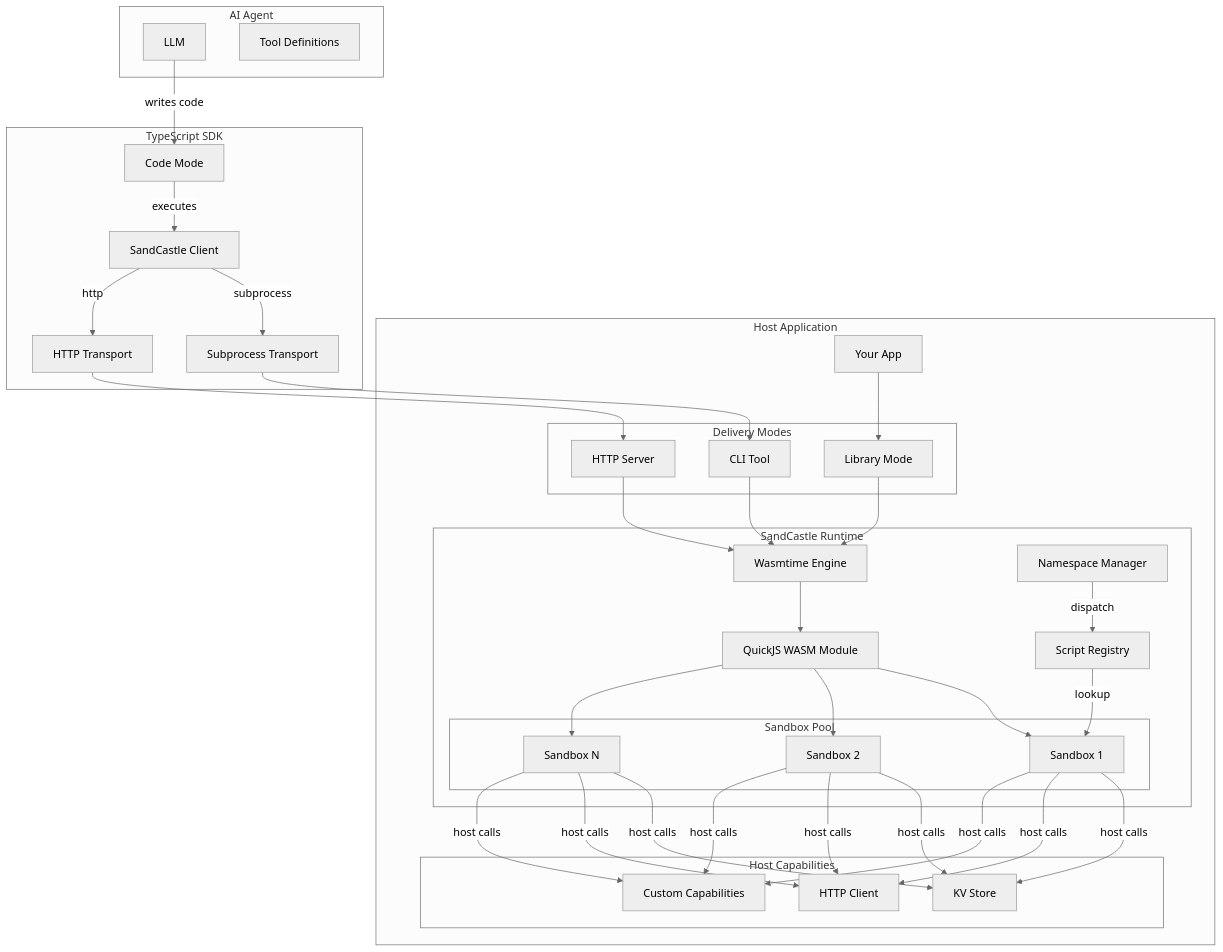
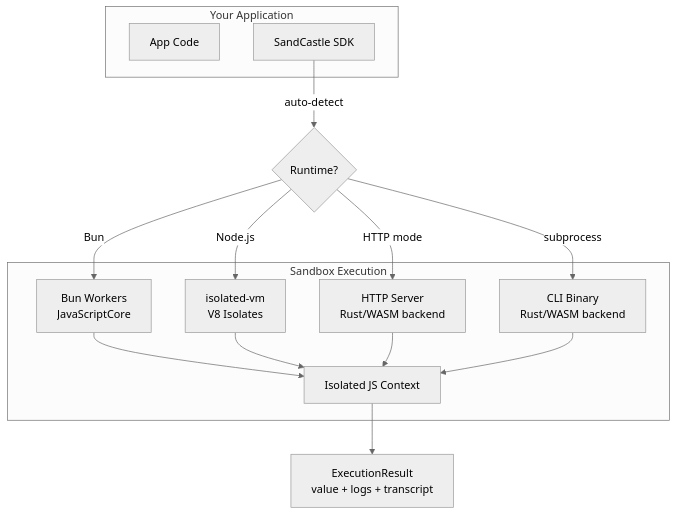
The diagram in docs/architecture.md (tylergibbs1/sandcastle), drawn with Mermaid (neutral theme) before and after one commit. The commit also changed other lines of this file and 4 other files, not shown here.

First line of the commit message:
Update downstream docs for Bun-first V8 architecture

````diff
--- a/docs/architecture.md
+++ b/docs/architecture.md
@@ -5,62 +5,23 @@
 ```mermaid
 graph TB
-    subgraph Host Application
-        APP[Your App]
-
-        subgraph SandCastle Runtime
-            ENGINE[Wasmtime Engine]
-            MODULE[QuickJS WASM Module]
-
-            subgraph Sandbox Pool
-                S1[Sandbox 1]
-                S2[Sandbox 2]
-                S3[Sandbox N]
-            end
-
-            REG[Script Registry]
-            NS[Namespace Manager]
-        end
-
-        subgraph Host Capabilities
-            KV[KV Store]
-            HTTP[HTTP Client]
-            CUSTOM[Custom Capabilities]
-        end
-
-        subgraph Delivery Modes
-            LIB[Library Mode]
-            CLI[CLI Tool]
-            SERVE[HTTP Server]
-        end
+    subgraph Your Application
+        APP[App Code]
+        SC[SandCastle SDK]
     end
 
-    subgraph TypeScript SDK
-        CLIENT[SandCastle Client]
-        CODEMODE[Code Mode]
-        TRANSPORT_SUB[Subprocess Transport]
-        TRANSPORT_HTTP[HTTP Transport]
+    SC -->|auto-detect| RUNTIME{Runtime?}
+
+    RUNTIME -->|Bun| BUN[Bun Workers<br/>JavaScriptCore]
+    RUNTIME -->|Node.js| NODE[isolated-vm<br/>V8 Isolates]
+    RUNTIME -->|HTTP mode| HTTP[HTTP Server<br/>Rust/WASM backend]
+    RUNTIME -->|subprocess| CLI[CLI Binary<br/>Rust/WASM backend]
+
+    subgraph Sandbox Execution
+        BUN --> EXEC[Isolated JS Context]
+        NODE --> EXEC
+        HTTP --> EXEC
+        CLI --> EXEC
     end
 
-    subgraph AI Agent
-        LLM[LLM]
-        TOOLS[Tool Definitions]
-    end
-
-    LLM -->|writes code| CODEMODE
-    CODEMODE -->|executes| CLIENT
-    CLIENT -->|subprocess| TRANSPORT_SUB --> CLI
-    CLIENT -->|http| TRANSPORT_HTTP --> SERVE
-
-    APP --> LIB
-    LIB --> ENGINE
-    CLI --> ENGINE
-    SERVE --> ENGINE
-
-    ENGINE --> MODULE
-    MODULE --> S1 & S2 & S3
-
-    S1 & S2 & S3 -->|host calls| KV & HTTP & CUSTOM
-
-    REG -->|lookup| S1
-    NS -->|dispatch| REG
+    EXEC --> RESULT[ExecutionResult<br/>value + logs + transcript]
 ```
````
